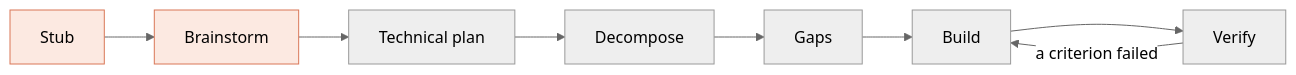
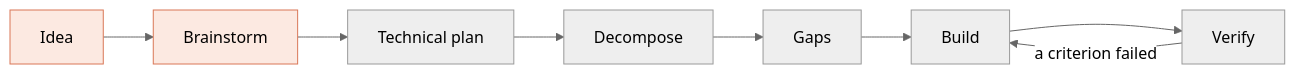
One commit to biosphere-labs/epic-flow changed the diagram in README.md. Above: the diagram before and after it, drawn with Mermaid (neutral theme). The commit also changed other lines of this file and 17 other files, not shown here.

First line of the commit message:
Rename the Stub stage to Idea and fold the contract-first method into the stages

````diff
--- a/README.md
+++ b/README.md
@@ -22,12 +22,12 @@
 ```mermaid
 flowchart LR
-    S[Stub] --> B[Brainstorm]
+    S[Idea] --> B[Brainstorm]
     B --> P[Technical plan]
     P --> D[Decompose]
     D --> G[Gaps]
     G --> BU[Build]
     BU --> V[Verify]
     V -- a criterion failed --> BU
     classDef you fill:#FCE9E1,stroke:#D97757,color:#000
     class S,B you
 ```
````
